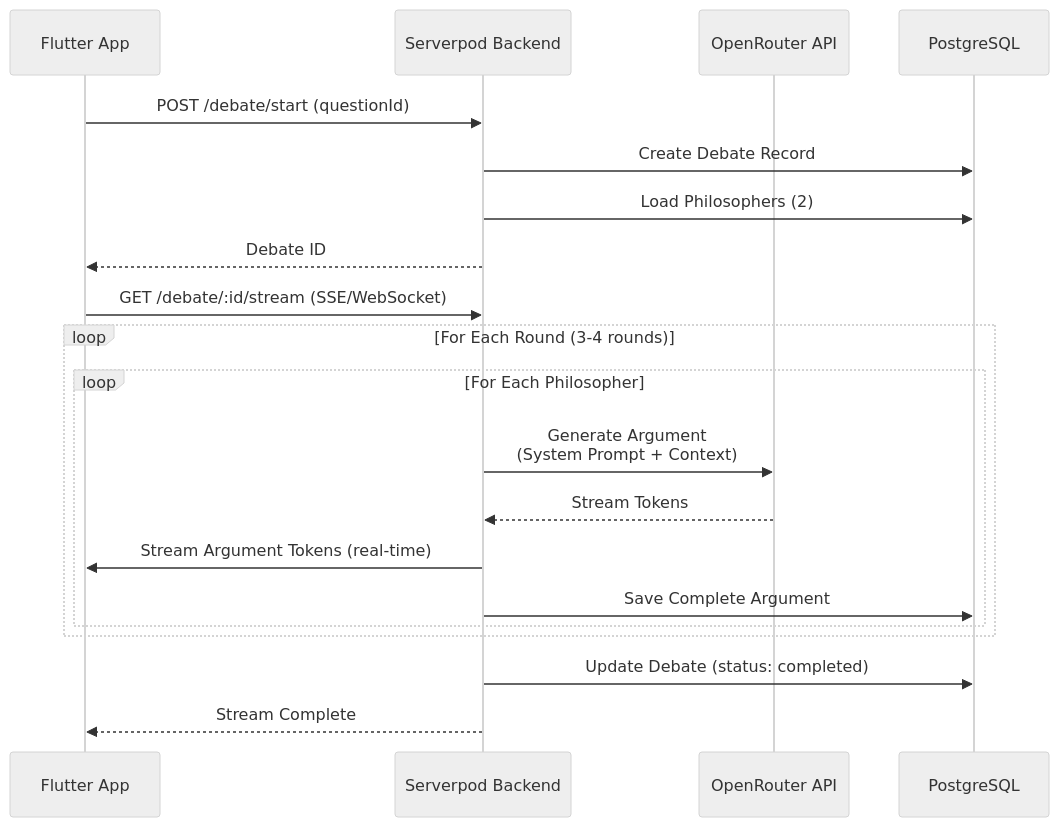
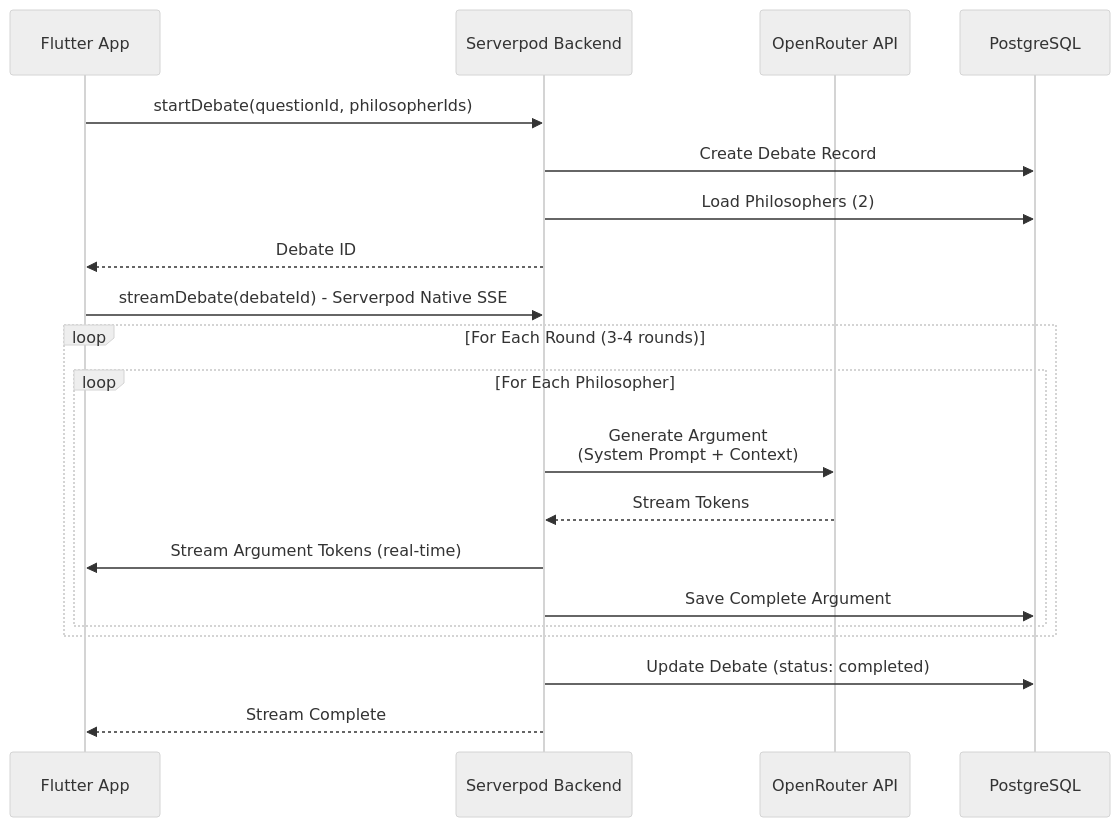
The third of 4 diagrams in docs/ARCHITECTURE_DIAGRAM.md (itsgg/agora), drawn with Mermaid (neutral theme) before and after one commit. The commit also changed other lines of this file and 4 other files, not shown here.

````diff
--- a/docs/ARCHITECTURE_DIAGRAM.md
+++ b/docs/ARCHITECTURE_DIAGRAM.md
@@ -123,26 +123,26 @@
 ```mermaid
 sequenceDiagram
     participant Flutter as Flutter App
     participant Serverpod as Serverpod Backend
     participant OpenRouter as OpenRouter API
     participant DB as PostgreSQL
 
-    Flutter->>Serverpod: POST /debate/start (questionId)
+    Flutter->>Serverpod: startDebate(questionId, philosopherIds)
     Serverpod->>DB: Create Debate Record
     Serverpod->>DB: Load Philosophers (2)
     Serverpod-->>Flutter: Debate ID
     
-    Flutter->>Serverpod: GET /debate/:id/stream (SSE/WebSocket)
+    Flutter->>Serverpod: streamDebate(debateId) - Serverpod Native SSE
     
     loop For Each Round (3-4 rounds)
         loop For Each Philosopher
             Serverpod->>OpenRouter: Generate Argument<br/>(System Prompt + Context)
             OpenRouter-->>Serverpod: Stream Tokens
             Serverpod->>Flutter: Stream Argument Tokens (real-time)
             Serverpod->>DB: Save Complete Argument
         end
     end
     
     Serverpod->>DB: Update Debate (status: completed)
     Serverpod-->>Flutter: Stream Complete
 ```
````
